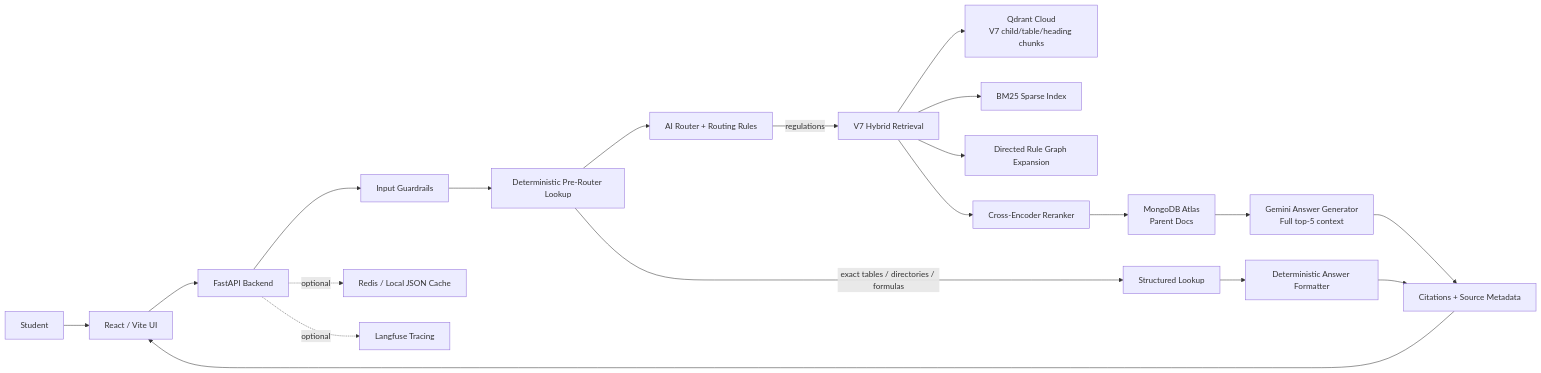
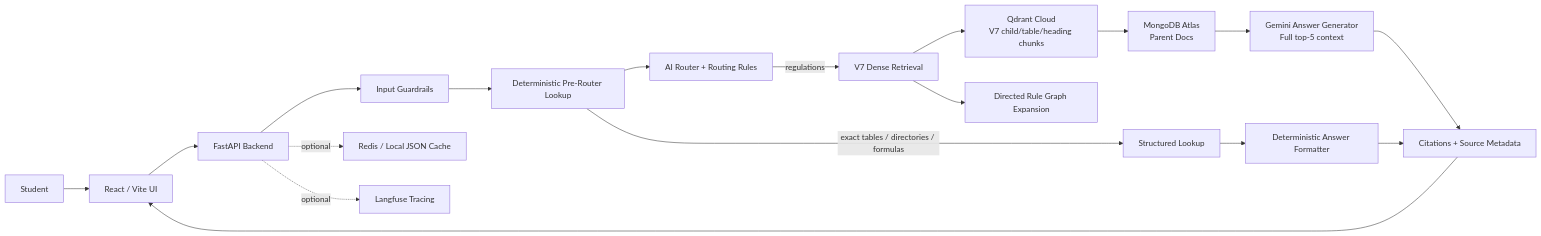
One commit to AnhPhiNe/student-handbook-rag-chatbot changed the first of 3 diagrams in README.md. Above: the diagram before and after it, drawn with Mermaid. The commit also changed other lines of this file and 2 other files, not shown here.

````diff
--- a/README.md
+++ b/README.md
@@ -130,27 +128,25 @@
 ```mermaid
 flowchart LR
     User["Student"] --> Frontend["React / Vite UI"]
     Frontend --> API["FastAPI Backend"]
 
     API --> Guard["Input Guardrails"]
     Guard --> LookupFirst["Deterministic Pre-Router Lookup"]
     LookupFirst --> Router["AI Router + Routing Rules"]
 
     LookupFirst -->|exact tables / directories / formulas| Lookup["Structured Lookup"]
-    Router -->|regulations| Retrieval["V7 Hybrid Retrieval"]
+    Router -->|regulations| Retrieval["V7 Dense Retrieval"]
 
     Retrieval --> Qdrant["Qdrant Cloud\nV7 child/table/heading chunks"]
-    Retrieval --> BM25["BM25 Sparse Index"]
     Retrieval --> Graph["Directed Rule Graph Expansion"]
-    Retrieval --> Reranker["Cross-Encoder Reranker"]
-    Reranker --> Mongo["MongoDB Atlas\nParent Docs"]
+    Qdrant --> Mongo["MongoDB Atlas\nParent Docs"]
 
     Lookup --> Answer["Deterministic Answer Formatter"]
     Mongo --> Gemini["Gemini Answer Generator\nFull top-5 context"]
     Gemini --> Citation["Citations + Source Metadata"]
     Answer --> Citation
     Citation --> Frontend
 
     API -. optional .-> Cache["Redis / Local JSON Cache"]
     API -. optional .-> Trace["Langfuse Tracing"]
 ```
````
